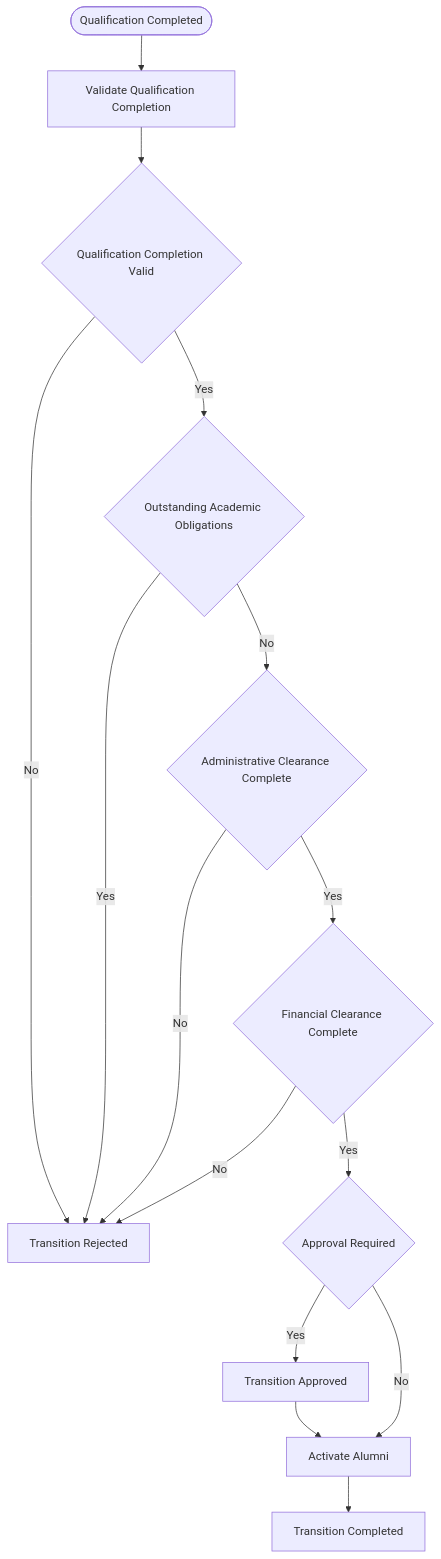
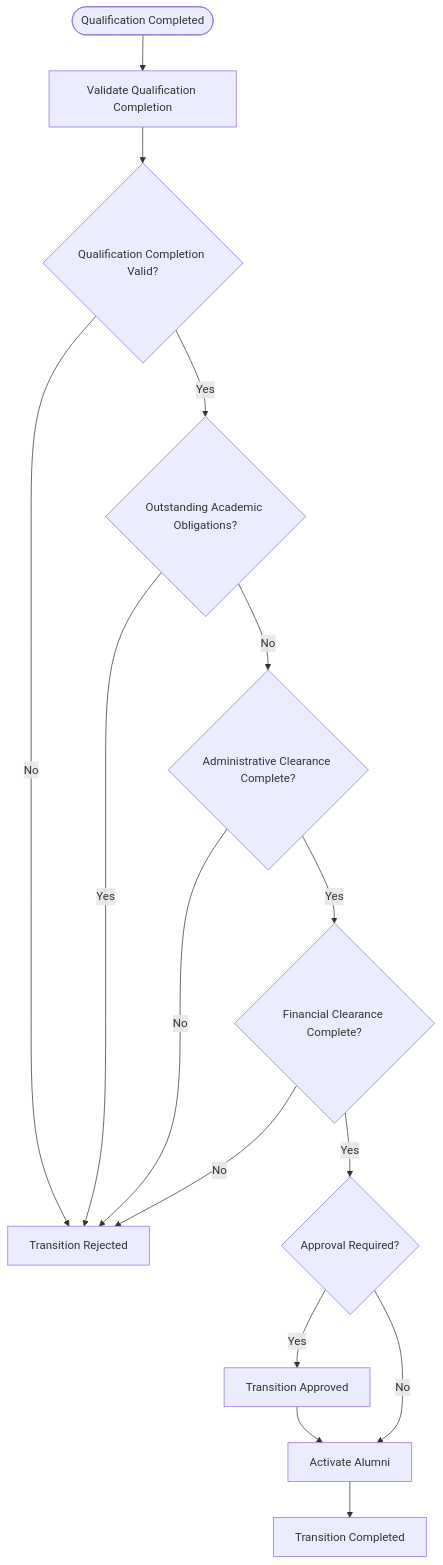
The tenth of 20 diagrams in architecture/L2_Domain_Workflow_Architecture/section-c/L2-C08_Alumni_Transition_Workflows.md (Varad1604/ERP_hark), drawn with Mermaid before and after one commit. The commit also changed other lines of this file and 39 other files, not shown here.

````diff
--- a/architecture/L2_Domain_Workflow_Architecture/section-c/L2-C08_Alumni_Transition_Workflows.md
+++ b/architecture/L2_Domain_Workflow_Architecture/section-c/L2-C08_Alumni_Transition_Workflows.md
@@ -5563,53 +5574,53 @@
 ```mermaid
 flowchart TD
 
 Start([Qualification Completed])
 
 Validate["Validate Qualification Completion"]
 
-Decision1{"Qualification Completion Valid"}
+Decision1{"Qualification Completion Valid?"}
 
-Decision2{"Outstanding Academic Obligations"}
+Decision2{"Outstanding Academic Obligations?"}
 
-Decision3{"Administrative Clearance Complete"}
+Decision3{"Administrative Clearance Complete?"}
 
-Decision4{"Financial Clearance Complete"}
+Decision4{"Financial Clearance Complete?"}
 
-Decision5{"Approval Required"}
+Decision5{"Approval Required?"}
 
 Reject["Transition Rejected"]
 
 Approve["Transition Approved"]
 
 Activate["Activate Alumni"]
 
 Complete["Transition Completed"]
 
 Start --> Validate
 
 Validate --> Decision1
 
 Decision1 -- No --> Reject
 
 Decision1 -- Yes --> Decision2
 
 Decision2 -- Yes --> Reject
 
 Decision2 -- No --> Decision3
 
 Decision3 -- No --> Reject
 
 Decision3 -- Yes --> Decision4
 
 Decision4 -- No --> Reject
 
 Decision4 -- Yes --> Decision5
 
 Decision5 -- Yes --> Approve
 
 Decision5 -- No --> Activate
 
 Approve --> Activate
 
 Activate --> Complete
 ```
````
